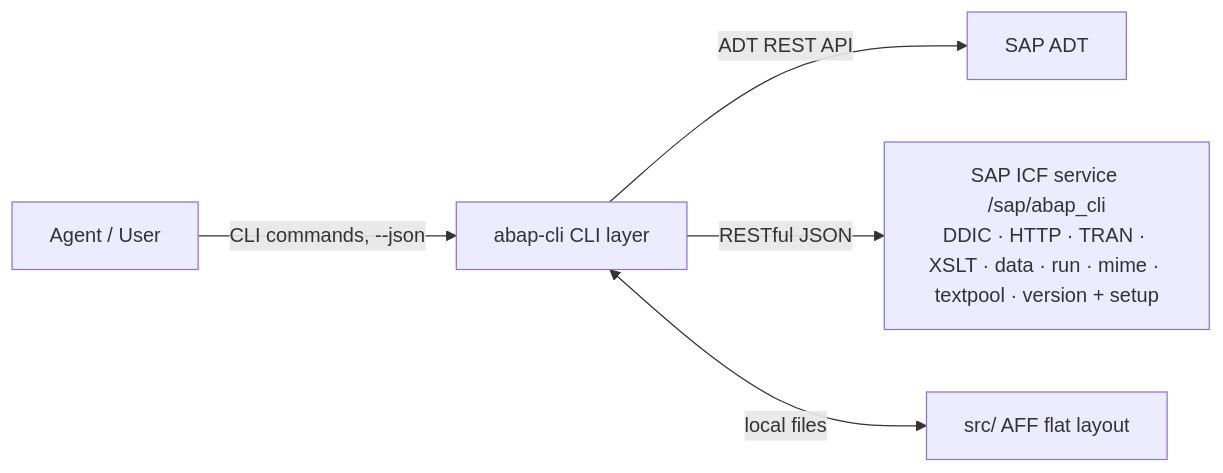
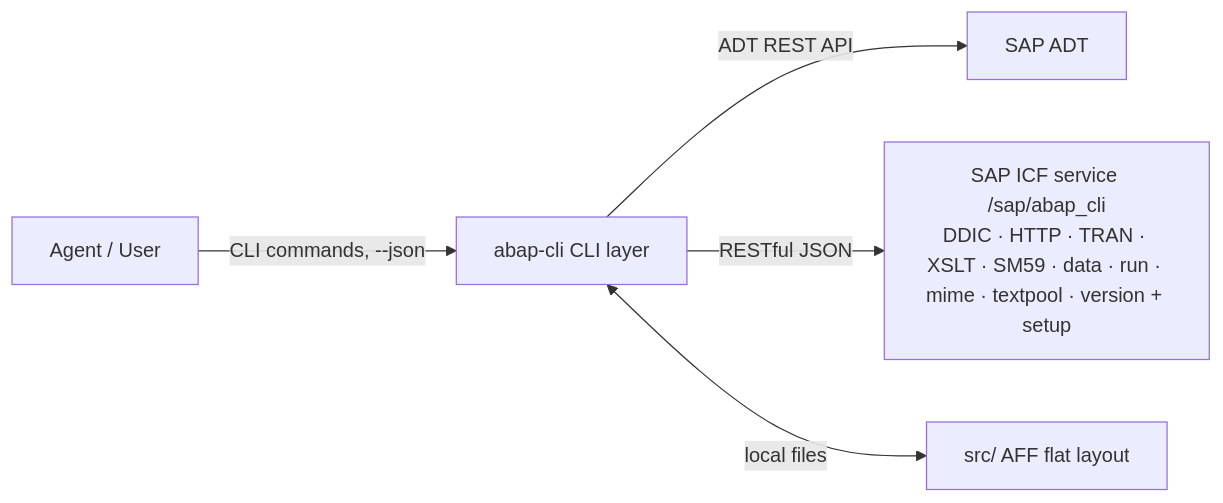
Before and after one commit to chunrichi/abap-cli: the diagram in docs/architecture.md, drawn with Mermaid. The commit also changed other lines of this file and 65 other files, not shown here.

````diff
--- a/docs/architecture.md
+++ b/docs/architecture.md
@@ -13,7 +13,7 @@
 ```mermaid
 graph LR
     A[Agent / User] -->|CLI commands, --json| C[abap-cli CLI layer]
     C -->|ADT REST API| S1[SAP ADT]
-    C -->|RESTful JSON| S2[SAP ICF service /sap/abap_cli<br/>DDIC · HTTP · TRAN · XSLT · data · run · mime · textpool · version + setup]
+    C -->|RESTful JSON| S2[SAP ICF service /sap/abap_cli<br/>DDIC · HTTP · TRAN · XSLT · SM59 · data · run · mime · textpool · version + setup]
     C <-->|local files| F[src/ AFF flat layout]
 ```
````
